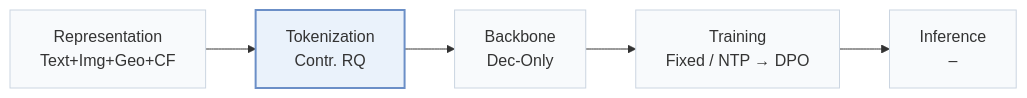
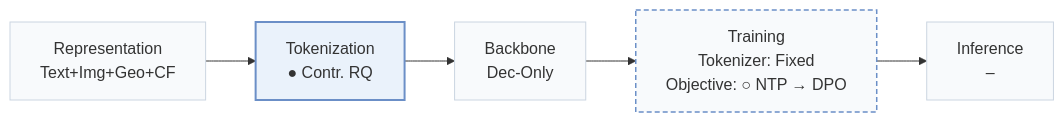
One commit to Galaxy-ghost/Awesome-SID-Generative-Rec changed the first of 3 diagrams in pages/papers/gwhere.md. Above: the diagram before and after it, drawn with Mermaid. The commit also changed other lines of this file and 558 other files, not shown here.

````diff
--- a/pages/papers/gwhere.md
+++ b/pages/papers/gwhere.md
@@ -15,8 +18,10 @@
 ```mermaid
 flowchart LR
-    R["Representation<br/>Text+Img+Geo+CF"] --> T["Tokenization<br/>Contr. RQ"] --> B["Backbone<br/>Dec-Only"] --> TR["Training<br/>Fixed / NTP → DPO"] --> I["Inference<br/>–"]
+    R["Representation<br/>Text+Img+Geo+CF"] --> T["Tokenization<br/>● Contr. RQ"] --> B["Backbone<br/>Dec-Only"] --> TR["Training<br/>Tokenizer: Fixed<br/>Objective: ○ NTP → DPO"] --> I["Inference<br/>–"]
     classDef base fill:#f8fafc,stroke:#cbd5e1
     class R,T,B,TR,I base
+    classDef other fill:#f8fafc,stroke:#6b8fc7,stroke-width:1.5px,stroke-dasharray:5 3
+    class TR other
     classDef main fill:#eaf2fb,stroke:#6b8fc7,stroke-width:2px
     class T main
 ```
````
